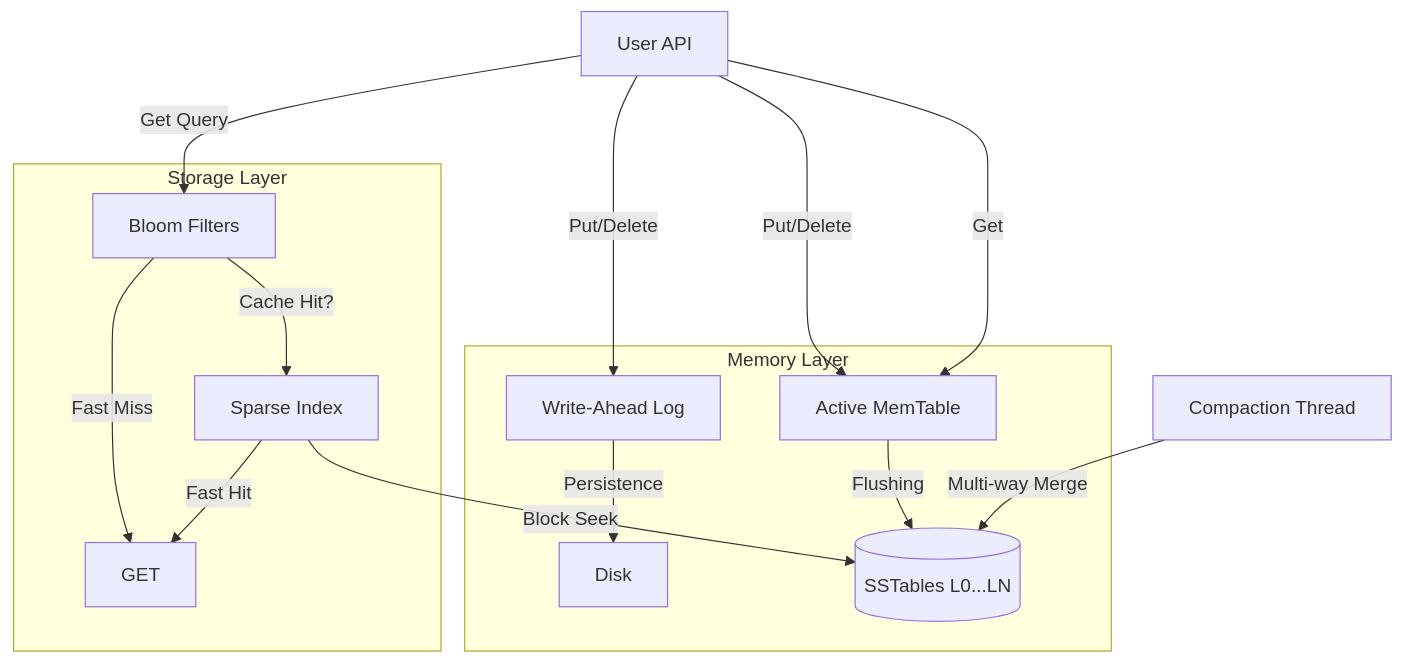
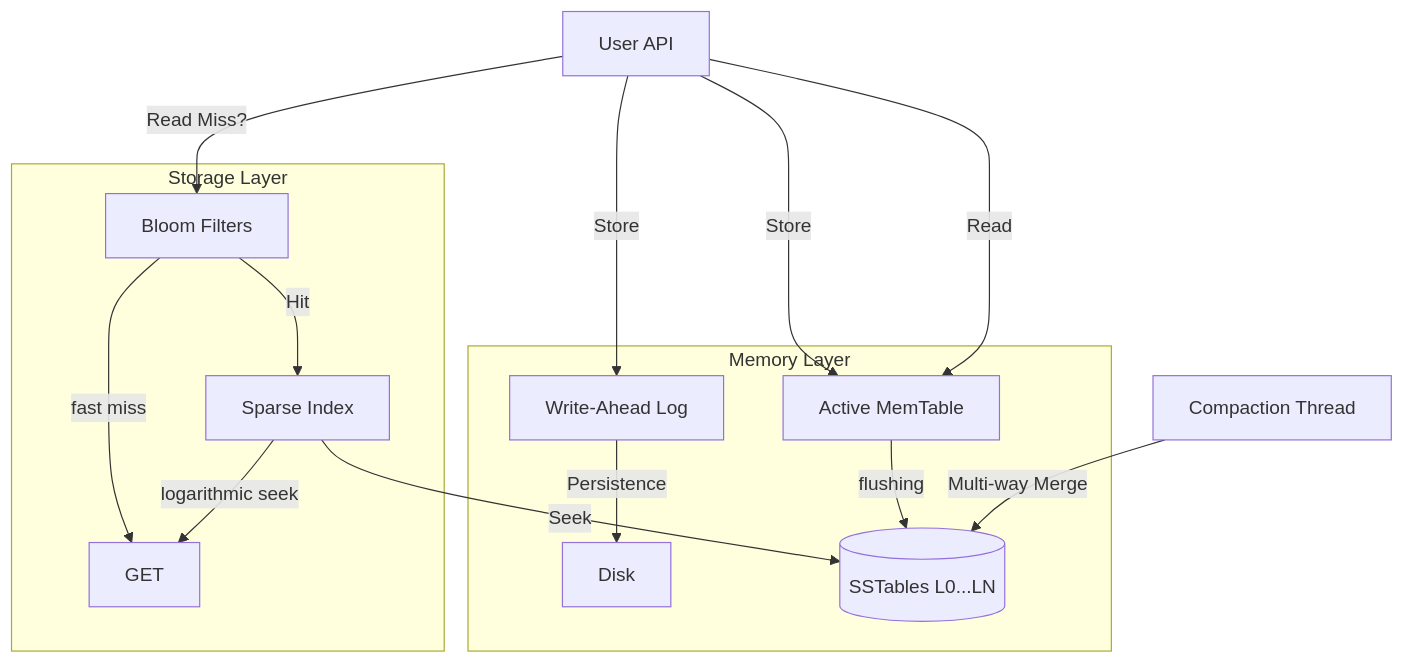
One commit to 0Albiere/LSM_Tree_Storage_Engine changed the diagram in README.md. Above: the diagram before and after it, drawn with Mermaid. The commit also changed other lines of this file, not shown here.

````diff
--- a/README.md
+++ b/README.md
@@ -32,22 +27,22 @@
 ```mermaid
 graph TD
     subgraph MemTable_Layer [Memory Layer]
         WAL[Write-Ahead Log] -- Persistence --> DISK[Disk]
-        MT[Active MemTable] -- Flushing --> SSTs
+        MT[Active MemTable] -- flushing --> SSTs
     end
 
     subgraph Storage_Layer [Storage Layer]
         SSTs[(SSTables L0...LN)]
-        BF[Bloom Filters] -- Fast Miss --> GET
-        IDX[Sparse Index] -- Fast Hit --> GET
+        BF[Bloom Filters] -- fast miss --> GET
+        IDX[Sparse Index] -- logarithmic seek --> GET
     end
 
-    USER[User API] -- Put/Delete --> WAL
-    USER -- Put/Delete --> MT
-    USER -- Get --> MT
-    USER -- Get Query --> BF
-    BF -- Cache Hit? --> IDX
-    IDX -- Block Seek --> SSTs
+    USER[User API] -- Store --> WAL
+    USER -- Store --> MT
+    USER -- Read --> MT
+    USER -- Read Miss? --> BF
+    BF -- Hit --> IDX
+    IDX -- Seek --> SSTs
     
     COMP[Compaction Thread] -- Multi-way Merge --> SSTs
 ```
````
